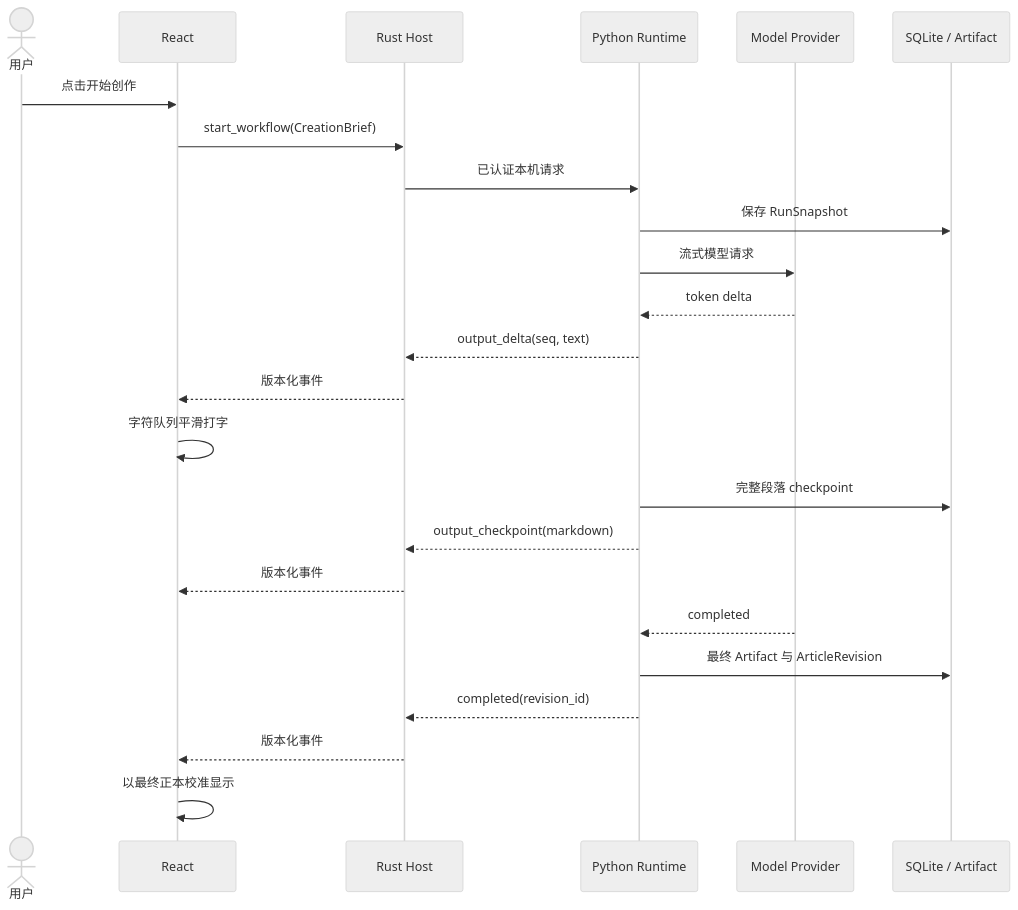
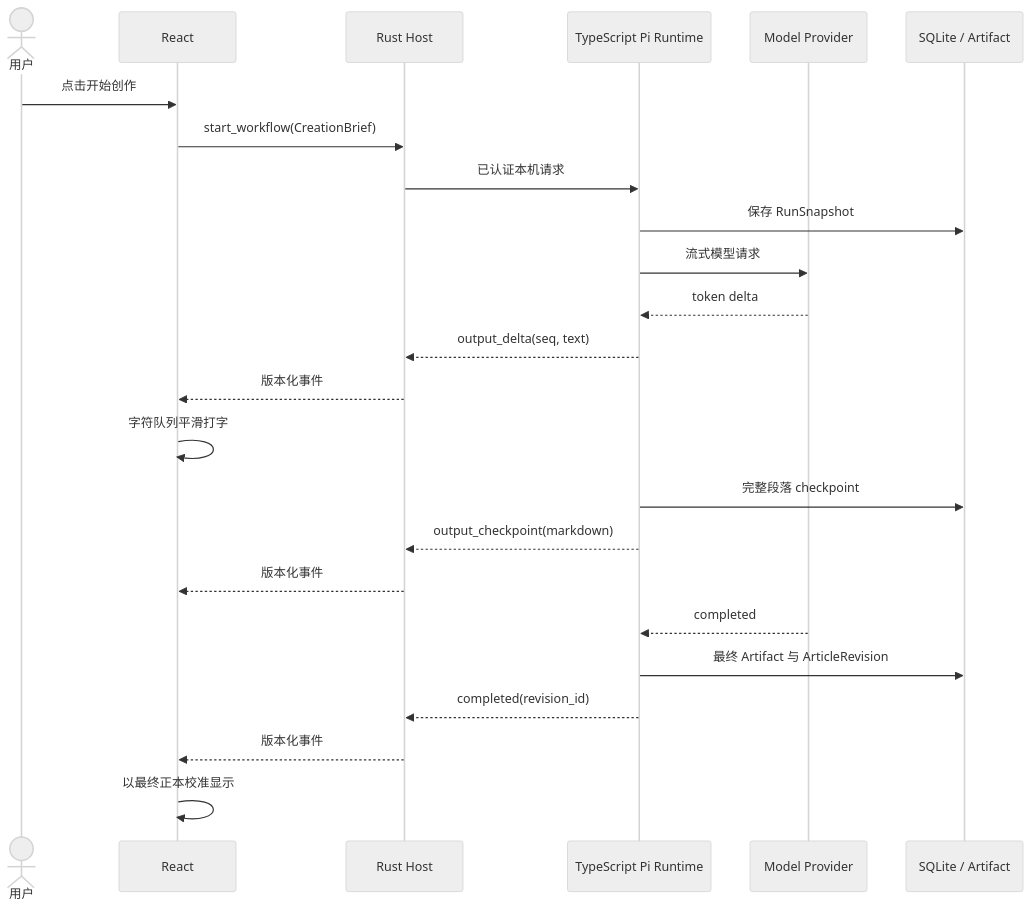
Before and after one commit to tllovesxs/open-publisher: the third of 7 diagrams in docs/product/project-baseline.md, drawn with Mermaid (neutral theme). The commit also changed other lines of this file and 232 other files, not shown here.

````diff
--- a/docs/product/project-baseline.md
+++ b/docs/product/project-baseline.md
@@ -972,30 +971,30 @@
 ```mermaid
 sequenceDiagram
     accTitle: Article Agent 流式写作
-    accDescr: 模型 token 经 Python 转换为运行事件，Rust 代理给 React；前端平滑打字，Python 只在段落和最终完成时持久化。
+    accDescr: 模型 token 经 TypeScript Runtime 转换为运行事件，Rust 代理给 React；前端平滑打字，Runtime 只在检查点和最终完成时持久化。
 
     actor user as 用户
     participant ui as React
     participant rust_host as Rust Host
-    participant runtime as Python Runtime
+    participant runtime as TypeScript Pi Runtime
     participant provider as Model Provider
     participant store as SQLite / Artifact
 
     user->>ui: 点击开始创作
     ui->>rust_host: start_workflow(CreationBrief)
     rust_host->>runtime: 已认证本机请求
     runtime->>store: 保存 RunSnapshot
     runtime->>provider: 流式模型请求
     provider-->>runtime: token delta
     runtime-->>rust_host: output_delta(seq, text)
     rust_host-->>ui: 版本化事件
     ui->>ui: 字符队列平滑打字
     runtime->>store: 完整段落 checkpoint
     runtime-->>rust_host: output_checkpoint(markdown)
     rust_host-->>ui: 版本化事件
     provider-->>runtime: completed
     runtime->>store: 最终 Artifact 与 ArticleRevision
     runtime-->>rust_host: completed(revision_id)
     rust_host-->>ui: 版本化事件
     ui->>ui: 以最终正本校准显示
 ```
````
